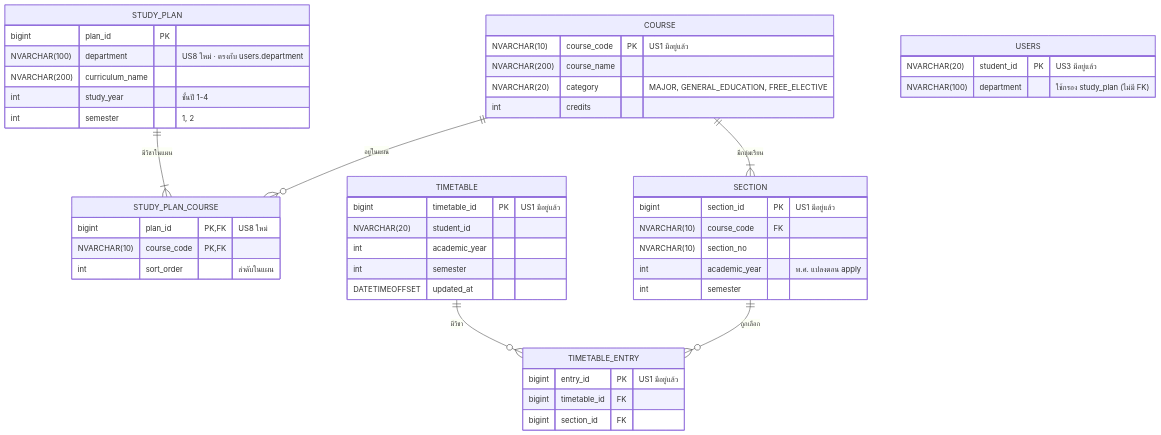
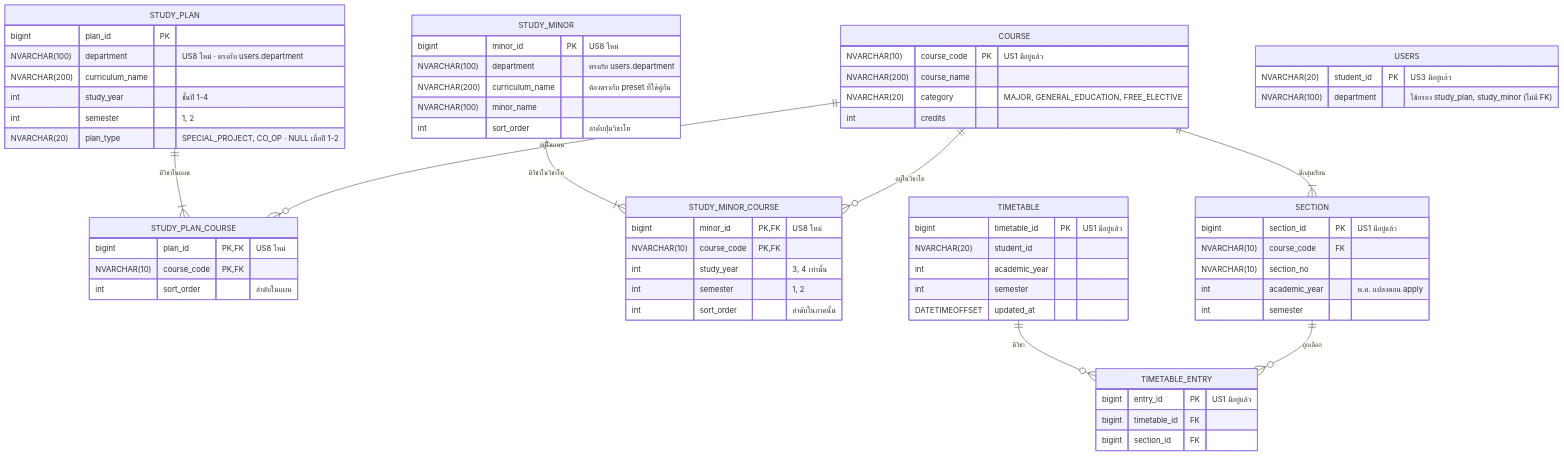
The diagram in .doc/US8/T06/US8-T06-ER-Diagram.md (Non-Sin/CS261-G3-MockTimetableTU), drawn with Mermaid before and after one commit. The commit also changed other lines of this file and 5 other files, not shown here.

````diff
--- a/.doc/US8/T06/US8-T06-ER-Diagram.md
+++ b/.doc/US8/T06/US8-T06-ER-Diagram.md
@@ -7,50 +7,67 @@
 ```mermaid
 erDiagram
     STUDY_PLAN ||--|{ STUDY_PLAN_COURSE : "มีวิชาในแผน"
     COURSE ||--o{ STUDY_PLAN_COURSE : "อยู่ในแผน"
+    STUDY_MINOR ||--|{ STUDY_MINOR_COURSE : "มีวิชาในวิชาโท"
+    COURSE ||--o{ STUDY_MINOR_COURSE : "อยู่ในวิชาโท"
     COURSE ||--|{ SECTION : "มีกลุ่มเรียน"
     TIMETABLE ||--o{ TIMETABLE_ENTRY : "มีวิชา"
     SECTION ||--o{ TIMETABLE_ENTRY : "ถูกเลือก"
 
     STUDY_PLAN {
         bigint plan_id PK
         NVARCHAR(100) department "US8 ใหม่ · ตรงกับ users.department"
         NVARCHAR(200) curriculum_name
         int study_year "ชั้นปี 1-4"
         int semester "1, 2"
+        NVARCHAR(20) plan_type "SPECIAL_PROJECT, CO_OP · NULL เมื่อปี 1-2"
     }
     STUDY_PLAN_COURSE {
         bigint plan_id PK, FK "US8 ใหม่"
         NVARCHAR(10) course_code PK, FK
         int sort_order "ลำดับในแผน"
     }
+    STUDY_MINOR {
+        bigint minor_id PK "US8 ใหม่"
+        NVARCHAR(100) department "ตรงกับ users.department"
+        NVARCHAR(200) curriculum_name "ต้องตรงกับ preset ที่ใช้คู่กัน"
+        NVARCHAR(100) minor_name
+        int sort_order "ลำดับปุ่มวิชาโท"
+    }
+    STUDY_MINOR_COURSE {
+        bigint minor_id PK, FK "US8 ใหม่"
+        NVARCHAR(10) course_code PK, FK
+        int study_year "3, 4 เท่านั้น"
+        int semester "1, 2"
+        int sort_order "ลำดับในภาคนั้น"
+    }
     USERS {
         NVARCHAR(20) student_id PK "US3 มีอยู่แล้ว"
-        NVARCHAR(100) department "ใช้กรอง study_plan (ไม่มี FK)"
+        NVARCHAR(100) department "ใช้กรอง study_plan, study_minor (ไม่มี FK)"
     }
     COURSE {
         NVARCHAR(10) course_code PK "US1 มีอยู่แล้ว"
         NVARCHAR(200) course_name
         NVARCHAR(20) category "MAJOR, GENERAL_EDUCATION, FREE_ELECTIVE"
         int credits
     }
     SECTION {
         bigint section_id PK "US1 มีอยู่แล้ว"
         NVARCHAR(10) course_code FK
         NVARCHAR(10) section_no
         int academic_year "พ.ศ. แปลงตอน apply"
         int semester
     }
     TIMETABLE {
         bigint timetable_id PK "US1 มีอยู่แล้ว"
         NVARCHAR(20) student_id
         int academic_year
         int semester
         DATETIMEOFFSET updated_at
     }
     TIMETABLE_ENTRY {
         bigint entry_id PK "US1 มีอยู่แล้ว"
         bigint timetable_id FK
         bigint section_id FK
     }
 ```
````
